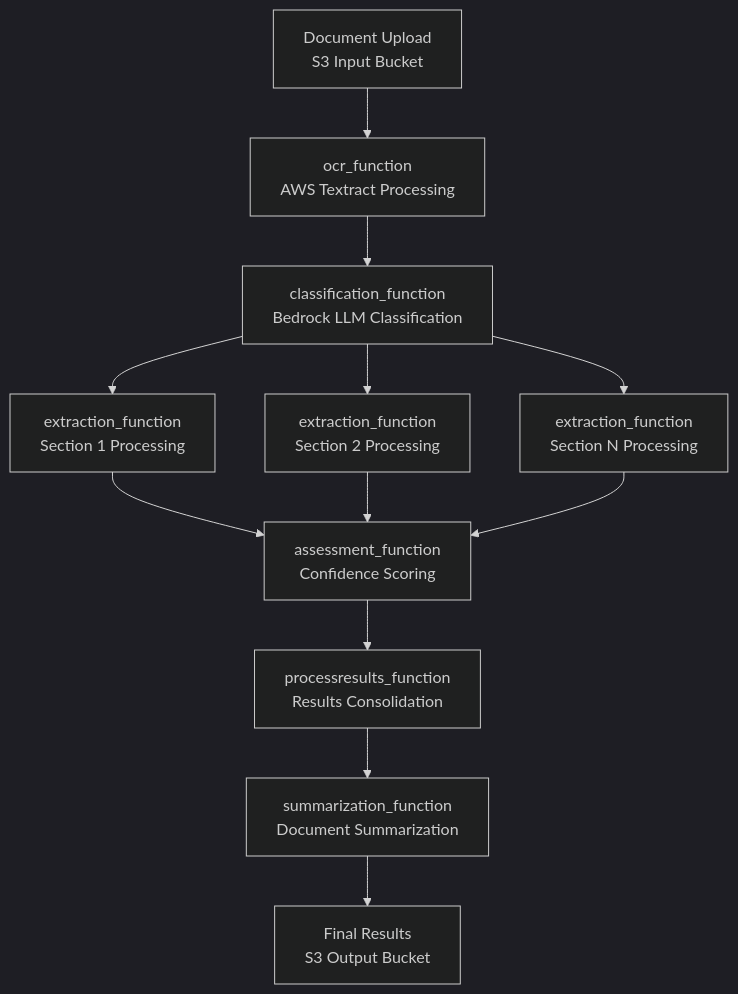
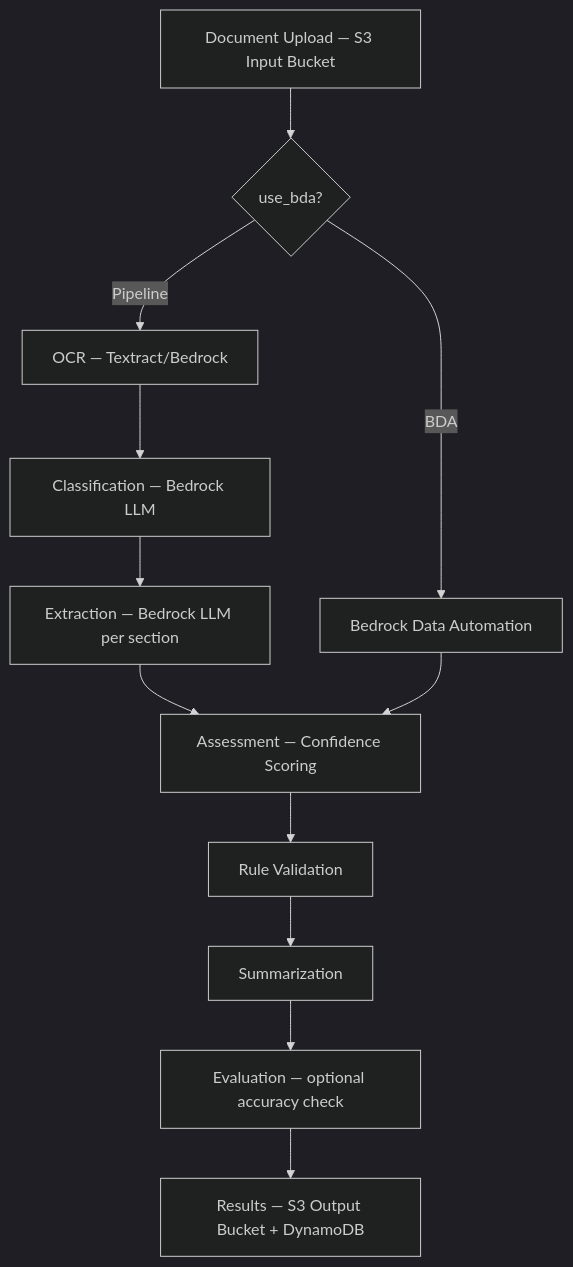
The diagram in memory-bank/projectbrief.md (sirirako/accelerated-intelligent-document-processing-on-aws), drawn with Mermaid (dark theme) before and after one commit. The commit also changed other lines of this file and 55 other files, not shown here.

````diff
--- a/memory-bank/projectbrief.md
+++ b/memory-bank/projectbrief.md
@@ -279,12 +24,14 @@
 ```mermaid
 graph TD
-    A[Document Upload\nS3 Input Bucket] --> B[ocr_function\nAWS Textract Processing]
-    B --> C[classification_function\nBedrock LLM Classification]
-    C --> D1[extraction_function\nSection 1 Processing]
-    C --> D2[extraction_function\nSection 2 Processing]
-    C --> D3[extraction_function\nSection N Processing]
-    D1 & D2 & D3 --> E[assessment_function\nConfidence Scoring]
-    E --> F[processresults_function\nResults Consolidation]
-    F --> G[summarization_function\nDocument Summarization]
-    G --> H[Final Results\nS3 Output Bucket]
+    A[Document Upload — S3 Input Bucket] --> B{use_bda?}
+    B -->|Pipeline| C[OCR — Textract/Bedrock]
+    C --> D[Classification — Bedrock LLM]
+    D --> E[Extraction — Bedrock LLM per section]
+    B -->|BDA| F[Bedrock Data Automation]
+    E --> G[Assessment — Confidence Scoring]
+    F --> G
+    G --> H[Rule Validation]
+    H --> I[Summarization]
+    I --> J[Evaluation — optional accuracy check]
+    J --> K[Results — S3 Output Bucket + DynamoDB]
 ```
````
